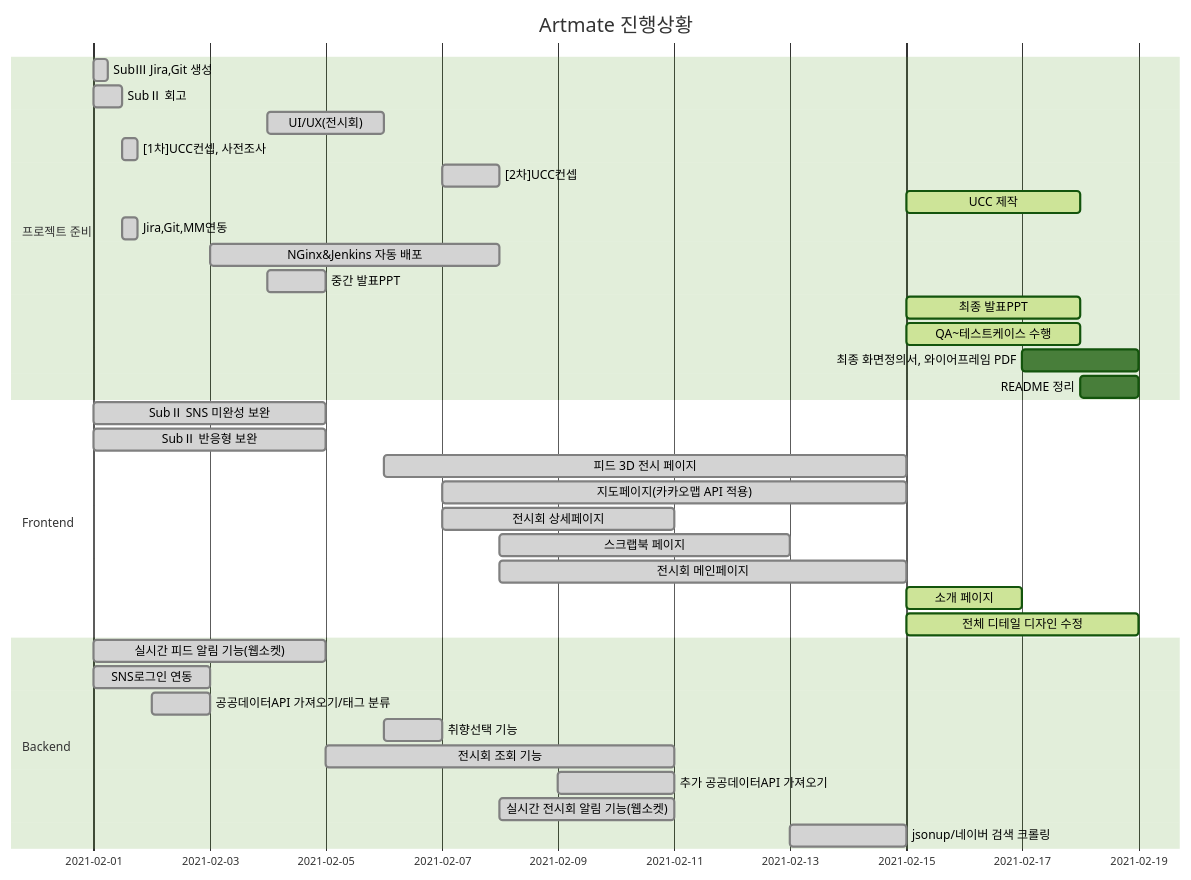
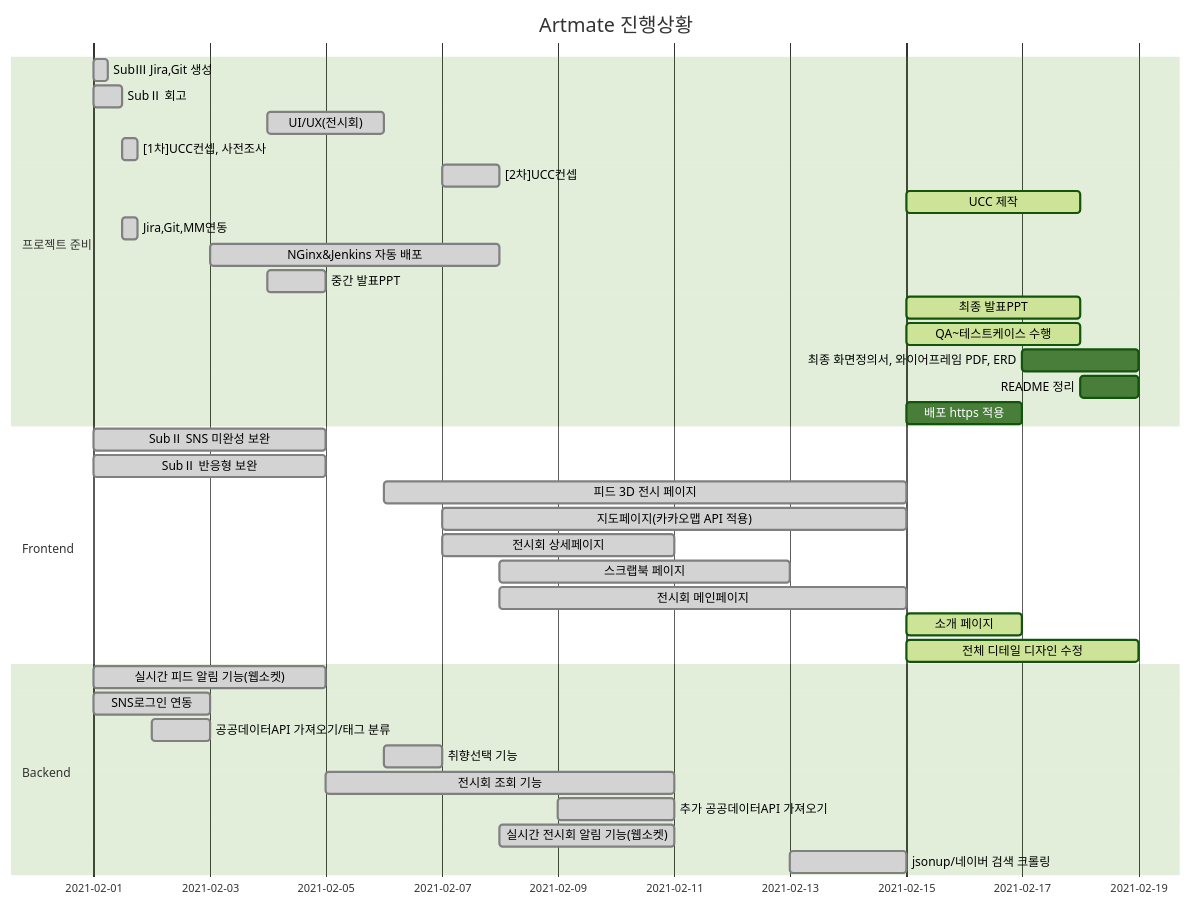
Before and after one commit to dovvn/Artmate-PJT: the diagram in README.md, drawn with Mermaid (forest theme).

Commit message:
BE_0215: erd,https 추가

````diff
--- a/README.md
+++ b/README.md
@@ -21,45 +21,46 @@
 ```mermaid  
 gantt
     title Artmate 진행상황
     dateFormat  YYYY-MM-DD
     section 프로젝트 준비
     SubⅢ Jira,Git 생성  :done, 2021-02-01, 6h
     SubⅡ 회고          :done, p2,2021-02-01, 12h
     UI/UX(전시회)   :done,2021-02-04,2d
     [1차]UCC컨셉, 사전조사   :done,after p2,6h
     [2차]UCC컨셉   :done,2021-02-07,1d
     UCC 제작   :active,2021-02-15,3d
 
     Jira,Git,MM연동   :done,after p2,6h
     NGinx&Jenkins 자동 배포 :done, 2021-02-03,5d
     중간 발표PPT: done,2021-02-04,1d
     최종 발표PPT: active,2021-02-15,3d
     QA~테스트케이스 수행: active,2021-02-15,3d
-    최종 화면정의서, 와이어프레임 PDF: ,2021-02-17,2d
+    최종 화면정의서, 와이어프레임 PDF, ERD: ,2021-02-17,2d
     README 정리: ,2021-02-18,1d
+    배포 https 적용:,2021-02-15,2d
     
     
     
 
     section Frontend
     SubⅡ SNS 미완성 보완          :done, 2021-02-01, 4d
     SubⅡ 반응형 보완          :done, 2021-02-01, 4d
     피드 3D 전시 페이지   :done,2021-02-06,9d
     지도페이지(카카오맵 API 적용):done,2021-02-07, 8d
     전시회 상세페이지   :done,2021-02-07,4d
     스크랩북 페이지   :done,2021-02-08,5d
     전시회 메인페이지 :done, 2021-02-08, 7d
     소개 페이지   :active,2021-02-15,2d
     전체 디테일 디자인 수정   :active,2021-02-15,4d
     
     
     section Backend
     실시간 피드 알림 기능(웹소켓)          :done, 2021-02-01, 4d
     SNS로그인 연동          :done, 2021-02-01, 2d
     공공데이터API 가져오기/태그 분류          :done, p1, 2021-02-02, 1d
     취향선택 기능:done,2021-02-06,1d
     전시회 조회 기능:done,2021-02-05,6d
     추가 공공데이터API 가져오기          :done, p1, 2021-02-09, 2d
     실시간 전시회 알림 기능(웹소켓)          :done, 2021-02-08, 3d
     jsonup/네이버 검색 크롤링     :done, 2021-02-13,2d
 ```
````
